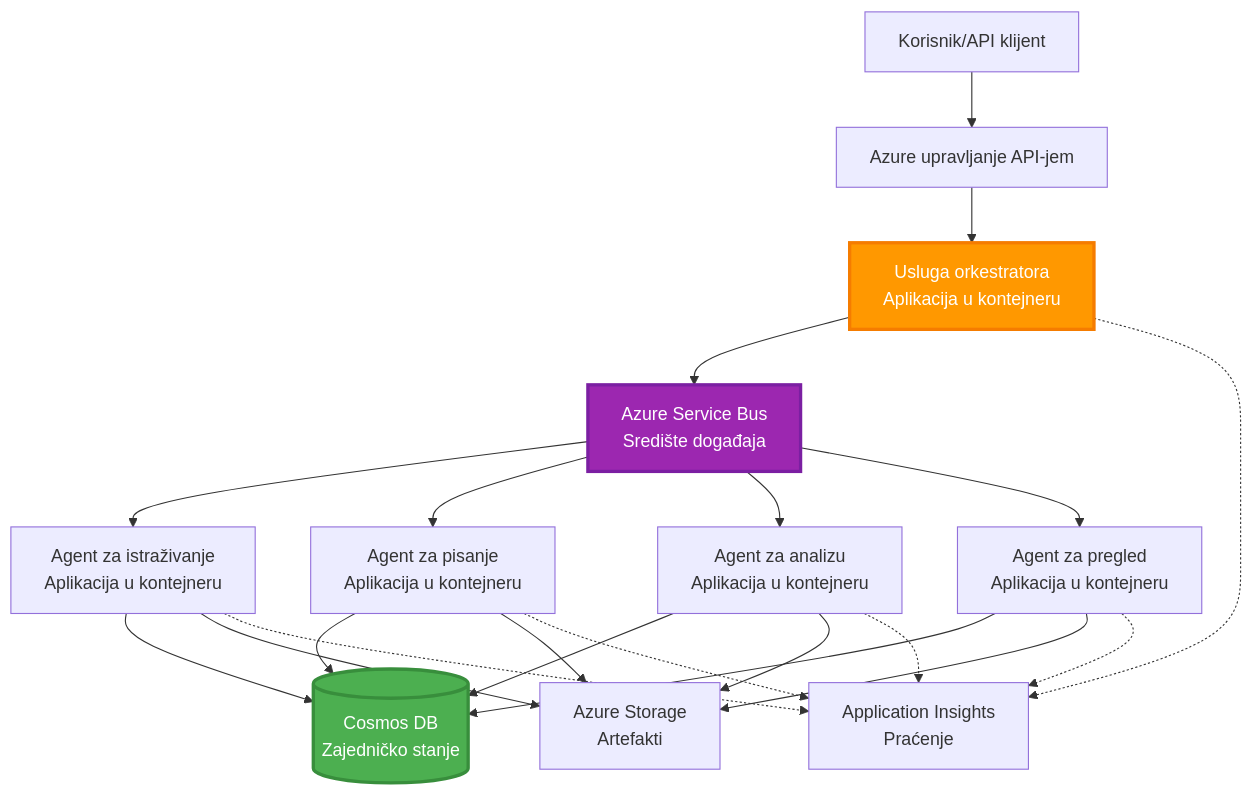
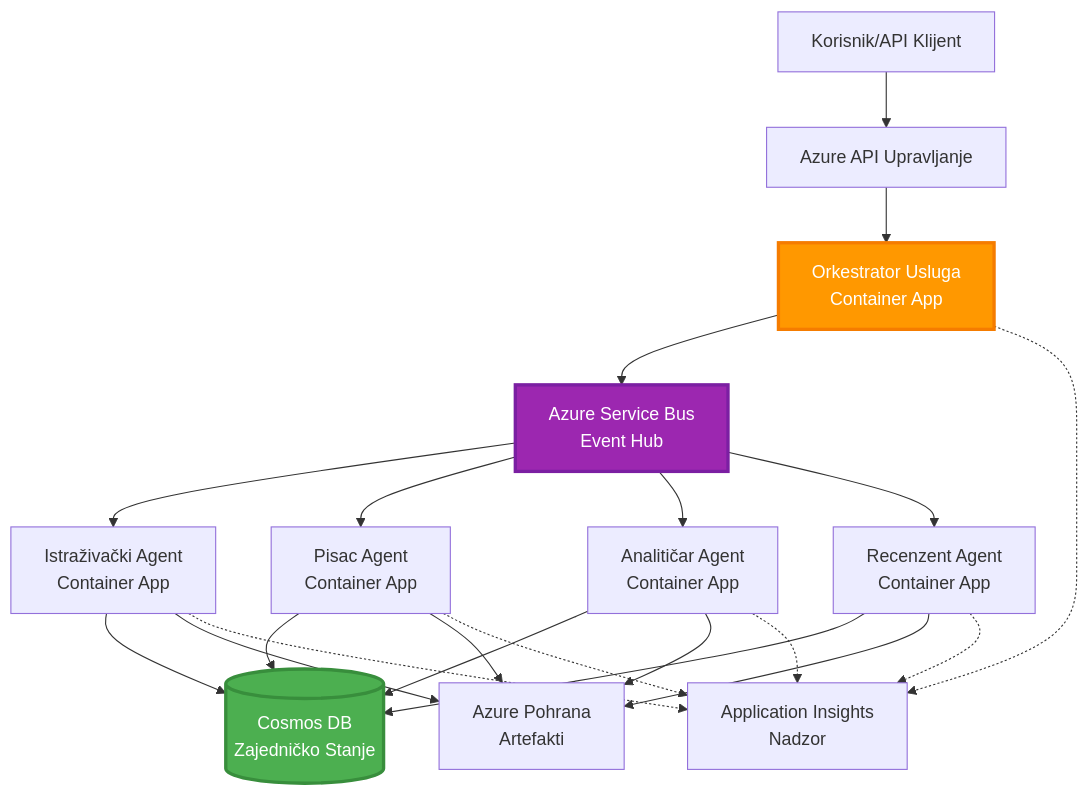
One commit to microsoft/AZD-for-beginners changed the sixth of 6 diagrams in translations/hr/docs/chapter-06-pre-deployment/coordination-patterns.md. Above: the diagram before and after it, drawn with Mermaid. The commit also changed other lines of this file and 101 other files, not shown here.

````diff
--- a/translations/hr/docs/chapter-06-pre-deployment/coordination-patterns.md
+++ b/translations/hr/docs/chapter-06-pre-deployment/coordination-patterns.md
@@ -273,45 +265,45 @@
 ```mermaid
 graph TB
-    User[Korisnik/API klijent]
-    APIM[Azure upravljanje API-jem]
-    Orchestrator[Usluga orkestratora<br/>Aplikacija u kontejneru]
-    ServiceBus[Azure Service Bus<br/>Središte događaja]
+    User[Korisnik/API Klijent]
+    APIM[Azure API Upravljanje]
+    Orchestrator[Orkestrator Usluga<br/>Container App]
+    ServiceBus[Azure Service Bus<br/>Event Hub]
     
-    Agent1[Agent za istraživanje<br/>Aplikacija u kontejneru]
-    Agent2[Agent za pisanje<br/>Aplikacija u kontejneru]
-    Agent3[Agent za analizu<br/>Aplikacija u kontejneru]
-    Agent4[Agent za pregled<br/>Aplikacija u kontejneru]
+    Agent1[Istraživački Agent<br/>Container App]
+    Agent2[Pisac Agent<br/>Container App]
+    Agent3[Analitičar Agent<br/>Container App]
+    Agent4[Recenzent Agent<br/>Container App]
     
-    CosmosDB[(Cosmos DB<br/>Zajedničko stanje)]
-    Storage[Azure Storage<br/>Artefakti]
-    AppInsights[Application Insights<br/>Praćenje]
+    CosmosDB[(Cosmos DB<br/>Zajedničko Stanje)]
+    Storage[Azure Pohrana<br/>Artefakti]
+    AppInsights[Application Insights<br/>Nadzor]
     
     User --> APIM
     APIM --> Orchestrator
     
     Orchestrator --> ServiceBus
     ServiceBus --> Agent1
     ServiceBus --> Agent2
     ServiceBus --> Agent3
     ServiceBus --> Agent4
     
     Agent1 --> CosmosDB
     Agent2 --> CosmosDB
     Agent3 --> CosmosDB
     Agent4 --> CosmosDB
     
     Agent1 --> Storage
     Agent2 --> Storage
     Agent3 --> Storage
     Agent4 --> Storage
     
     Orchestrator -.-> AppInsights
     Agent1 -.-> AppInsights
     Agent2 -.-> AppInsights
     Agent3 -.-> AppInsights
     Agent4 -.-> AppInsights
     
     style Orchestrator fill:#FF9800,stroke:#F57C00,stroke-width:3px,color:#fff
     style ServiceBus fill:#9C27B0,stroke:#7B1FA2,stroke-width:3px,color:#fff
     style CosmosDB fill:#4CAF50,stroke:#388E3C,stroke-width:3px,color:#fff
 ```
````
